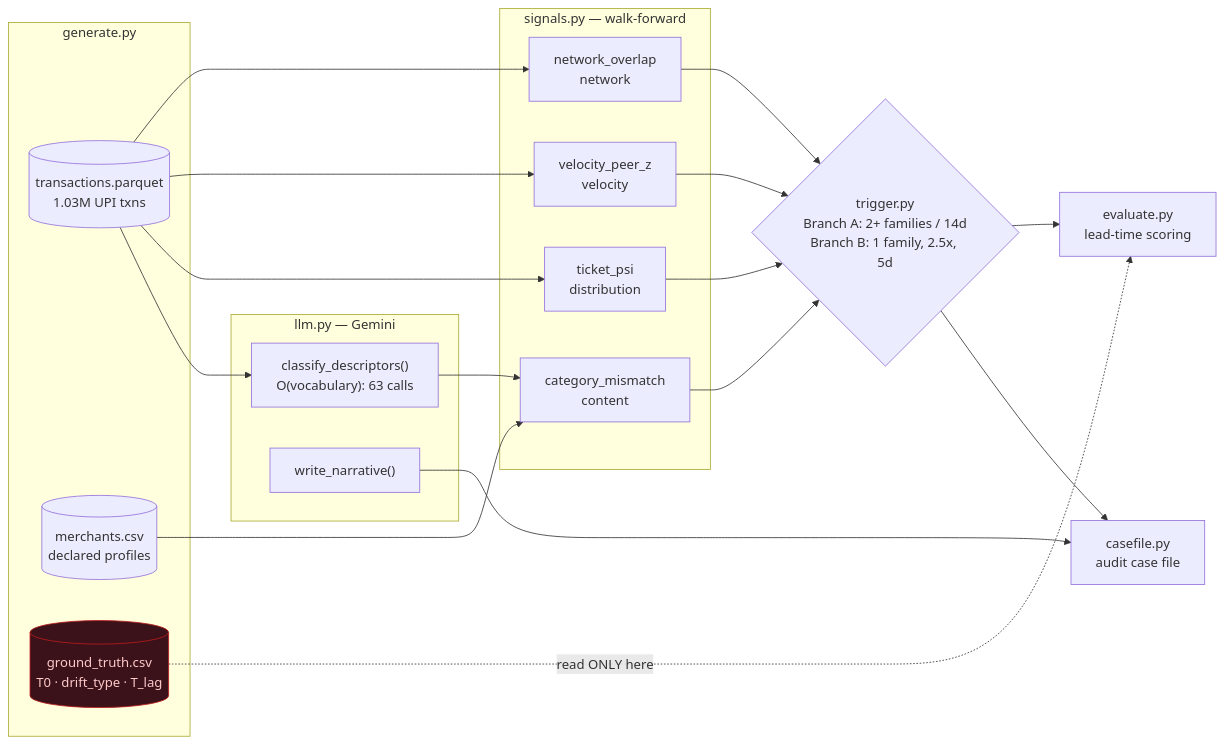
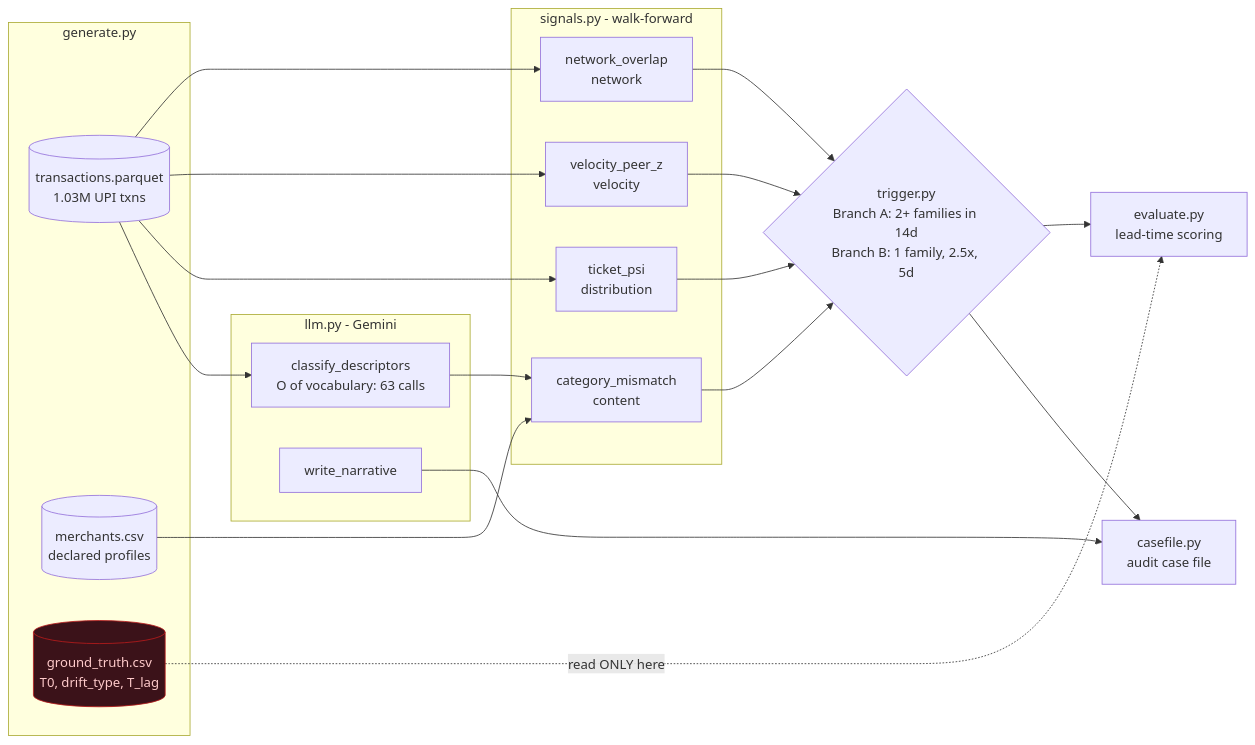
One commit to Nithin2511/DriftWatch-Continuous-merchant-drift-detection-for-Indian-payment-aggregators changed the diagram in README.md. Above: the diagram before and after it, drawn with Mermaid. The commit also changed other lines of this file and 2 other files, not shown here.

Commit message:
docs: render architecture diagram to a committed SVG
The Mermaid code block intermittently failed to display on GitHub with
"Unable to render rich display". The source itself is valid — it parses and
renders on Mermaid 9.4.3, 10.9.3 and 11.17.0 under strict security — so the
failure is in GitHub's client-side renderer, not the diagram.

Removing the dependency on client-side rendering instead: the diagram is
pre-rendered to docs/architecture.svg and embedded as an image, which displays
everywhere including viewers that do not execute Mermaid. The source is kept in
docs/architecture.mmd and inlined in a collapsible block.

The SVG is generated with htmlLabels disabled. Mermaid's default HTML labels
emit <foreignObject>, which browsers refuse to render when an SVG is loaded
through <img> — the diagram would have shown boxes and arrows with no text at
all. Labels are now real <text> elements, and the root carries an intrinsic
width/height plus an opaque background so it stays legible in dark mode.

````diff
--- a/README.md
+++ b/README.md
@@ -130,36 +138,42 @@
 ```mermaid
 flowchart LR
-  subgraph GEN["generate.py"]
-    TXN[("transactions.parquet<br/>1.03M UPI txns")]
-    MER[("merchants.csv<br/>declared profiles")]
-    GT[("ground_truth.csv<br/>T0 · drift_type · T_lag")]
+  subgraph GEN [generate.py]
+    TXN[(transactions.parquet<br/>1.03M UPI txns)]
+    MER[(merchants.csv<br/>declared profiles)]
+    GT[(ground_truth.csv<br/>T0, drift_type, T_lag)]
   end
 
-  subgraph LLM["llm.py — Gemini"]
-    CLS["classify_descriptors()<br/>O(vocabulary): 63 calls"]
-    NAR["write_narrative()"]
+  subgraph LLMS [llm.py - Gemini]
+    CLS[classify_descriptors<br/>O of vocabulary: 63 calls]
+    NAR[write_narrative]
   end
 
-  subgraph SIG["signals.py — walk-forward"]
-    S1["category_mismatch<br/>content"]
-    S2["ticket_psi<br/>distribution"]
-    S3["velocity_peer_z<br/>velocity"]
-    S4["network_overlap<br/>network"]
+  subgraph SIG [signals.py - walk-forward]
+    S1[category_mismatch<br/>content]
+    S2[ticket_psi<br/>distribution]
+    S3[velocity_peer_z<br/>velocity]
+    S4[network_overlap<br/>network]
   end
 
-  TRG{"trigger.py<br/>Branch A: 2+ families / 14d<br/>Branch B: 1 family, 2.5x, 5d"}
-  CASE["casefile.py<br/>audit case file"]
-  EVAL["evaluate.py<br/>lead-time scoring"]
+  TRG{trigger.py<br/>Branch A: 2+ families in 14d<br/>Branch B: 1 family, 2.5x, 5d}
+  CASE[casefile.py<br/>audit case file]
+  EVAL[evaluate.py<br/>lead-time scoring]
 
-  TXN --> CLS --> S1
-  TXN --> S2 & S3 & S4
+  TXN --> CLS
+  CLS --> S1
   MER --> S1
-  S1 & S2 & S3 & S4 --> TRG
+  TXN --> S2
+  TXN --> S3
+  TXN --> S4
+  S1 --> TRG
+  S2 --> TRG
+  S3 --> TRG
+  S4 --> TRG
   TRG --> CASE
   NAR --> CASE
   TRG --> EVAL
-  GT -.->|"read ONLY here"| EVAL
+  GT -. read ONLY here .-> EVAL
 
   classDef truth fill:#3b1219,stroke:#b91c1c,color:#fecaca
   class GT truth
 ```
````
